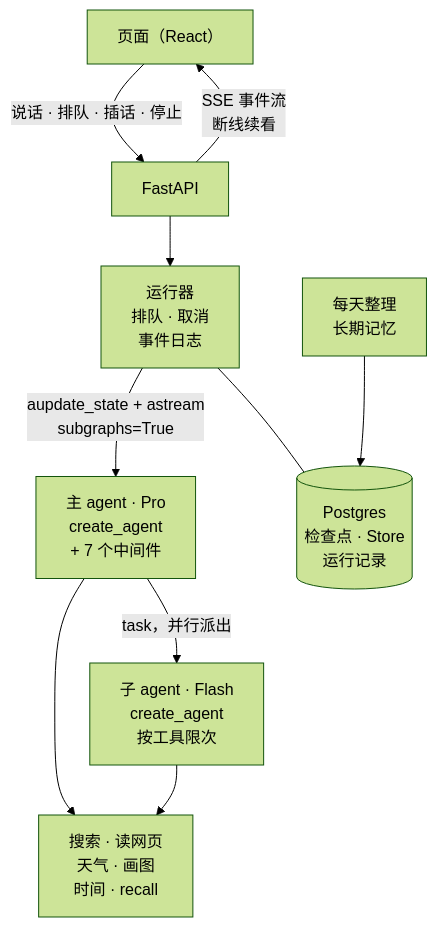
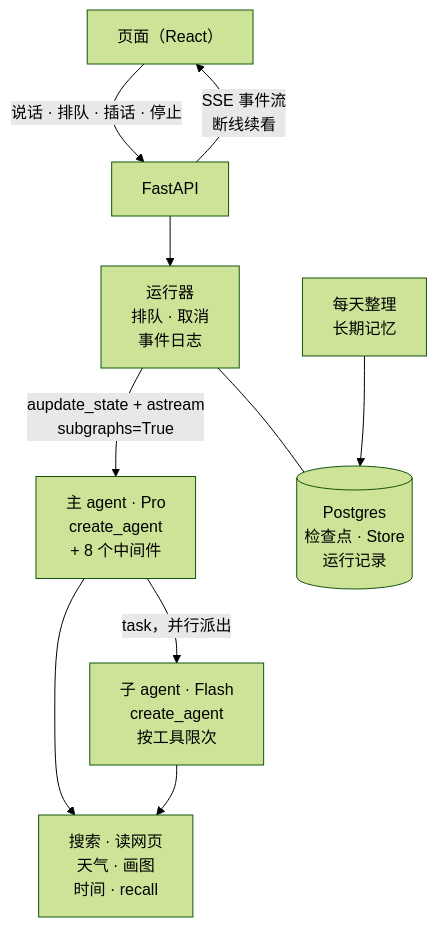
The diagram in README.md (HyxiaoGe/LingDraft), drawn with Mermaid (forest theme) before and after one commit. The commit also changed other lines of this file and 18 other files, not shown here.

````diff
--- a/README.md
+++ b/README.md
@@ -11,12 +11,12 @@
 ```mermaid
 flowchart TB
     UI["页面（React）"] -- "说话 · 排队 · 插话 · 停止" --> API["FastAPI"]
     API -- "SSE 事件流<br/>断线续看" --> UI
     API --> Runner["运行器<br/>排队 · 取消<br/>事件日志"]
-    Runner -- "aupdate_state + astream<br/>subgraphs=True" --> Main["主 agent · Pro<br/>create_agent<br/>+ 7 个中间件"]
+    Runner -- "aupdate_state + astream<br/>subgraphs=True" --> Main["主 agent · Pro<br/>create_agent<br/>+ 8 个中间件"]
     Main -- "task，并行派出" --> Sub["子 agent · Flash<br/>create_agent<br/>按工具限次"]
     Main --> Tools["搜索 · 读网页<br/>天气 · 画图<br/>时间 · recall"]
     Sub --> Tools
     Runner --- PG[("Postgres<br/>检查点 · Store<br/>运行记录")]
     Dream["每天整理<br/>长期记忆"] --> PG
 ```
````
